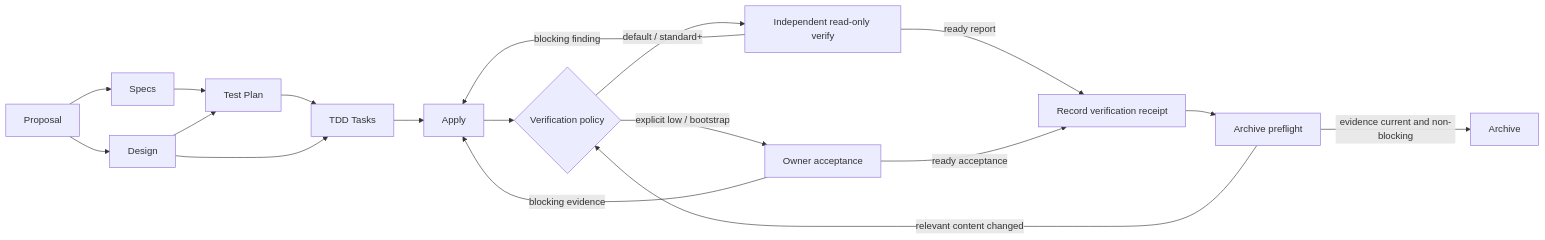
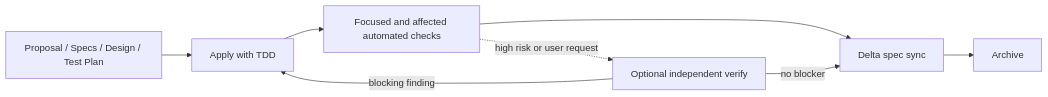
The second of 2 diagrams in docs/architecture.md (hataketed7977/taskpilot), drawn with Mermaid before and after one commit. The commit also changed other lines of this file and 40 other files, not shown here.

Commit message:
refactor: adopt desktop agent runtime architecture

````diff
--- a/docs/architecture.md
+++ b/docs/architecture.md
@@ -158,20 +166,14 @@
 ```mermaid
 flowchart LR
-    proposal["Proposal"] --> specs["Specs"]
-    proposal --> design["Design"]
-    specs --> testPlan["Test Plan"]
-    design --> testPlan
-    testPlan --> tasks["TDD Tasks"]
-    design --> tasks
-    tasks --> apply["Apply"]
-    apply --> policy{"Verification policy"}
-    policy -->|default / standard+| verify["Independent read-only verify"]
-    policy -->|explicit low / bootstrap| owner["Owner acceptance"]
+    plan["Proposal / Specs / Design / Test Plan"]
+    apply["Apply with TDD"]
+    checks["Focused and affected automated checks"]
+    verify["Optional independent verify"]
+    sync["Delta spec sync"]
+    archive["Archive"]
+
+    plan --> apply --> checks --> sync --> archive
+    checks -. high risk or user request .-> verify
     verify -->|blocking finding| apply
-    owner -->|blocking evidence| apply
-    verify -->|ready report| receipt["Record verification receipt"]
-    owner -->|ready acceptance| receipt
-    receipt --> preflight["Archive preflight"]
-    preflight -->|relevant content changed| policy
-    preflight -->|evidence current and non-blocking| archive["Archive"]
+    verify -->|no blocker| sync
 ```
````
